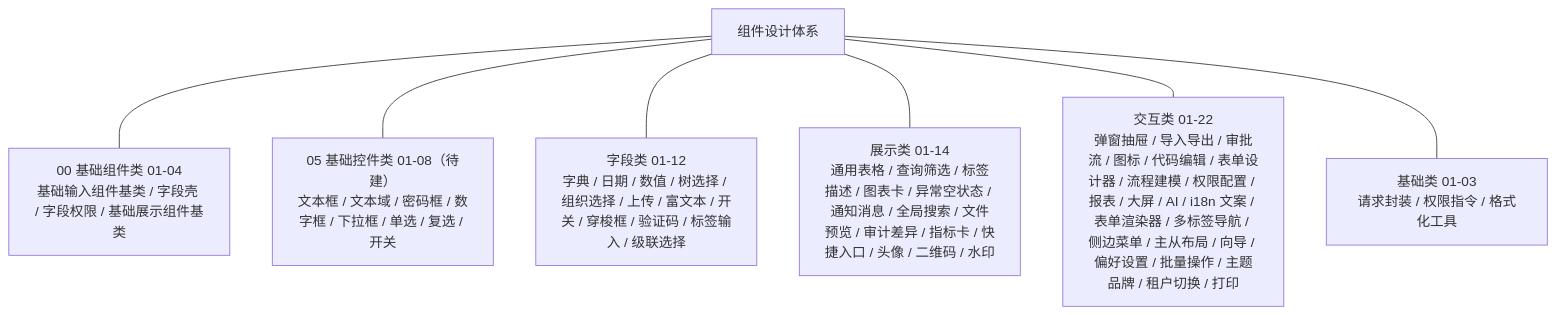
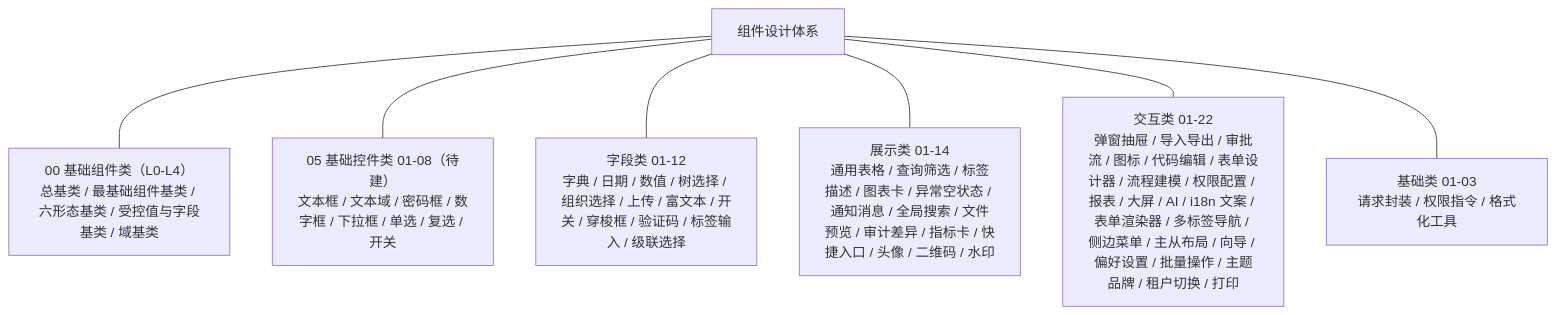
One commit to minjian123/basic-management-system changed the diagram in bms文档/设计/组件设计/01_组件设计_总览.md. Above: the diagram before and after it, drawn with Mermaid. The commit also changed other lines of this file and 38 other files, not shown here.

Commit message:
docs(设计): 00 基础组件类按 L0-L4 分层重排为 14 个基类节点（总基类/最基础组件基类/六形态基类/受控值与字段基类/域基类）并各配可交互原型，原 4 节点迁入 L3/L4；统一导航链、更新总览/文档首页/规划说明与旧引用路径、《前端开发规范》目录说明

````diff
--- a/bms文档/设计/组件设计/01_组件设计_总览.md
+++ b/bms文档/设计/组件设计/01_组件设计_总览.md
@@ -136,16 +149,16 @@
 ```mermaid
 graph TD
     ROOT["组件设计体系"]
     F["字段类 01-12<br/>字典 / 日期 / 数值 / 树选择 / 组织选择 / 上传 / 富文本 / 开关 / 穿梭框 / 验证码 / 标签输入 / 级联选择"]
     D["展示类 01-14<br/>通用表格 / 查询筛选 / 标签描述 / 图表卡 / 异常空状态 / 通知消息 / 全局搜索 / 文件预览 / 审计差异 / 指标卡 / 快捷入口 / 头像 / 二维码 / 水印"]
     I["交互类 01-22<br/>弹窗抽屉 / 导入导出 / 审批流 / 图标 / 代码编辑 / 表单设计器 / 流程建模 / 权限配置 / 报表 / 大屏 / AI / i18n 文案 / 表单渲染器 / 多标签导航 / 侧边菜单 / 主从布局 / 向导 / 偏好设置 / 批量操作 / 主题品牌 / 租户切换 / 打印"]
     B["基础类 01-03<br/>请求封装 / 权限指令 / 格式化工具"]
-    BASE["00 基础组件类 01-04<br/>基础输入组件基类 / 字段壳 / 字段权限 / 基础展示组件基类"]
+    BASE["00 基础组件类（L0-L4）<br/>总基类 / 最基础组件基类 / 六形态基类 / 受控值与字段基类 / 域基类"]
     CTRL["05 基础控件类 01-08（待建）<br/>文本框 / 文本域 / 密码框 / 数字框 / 下拉框 / 单选 / 复选 / 开关"]
     ROOT --- BASE
     ROOT --- CTRL
     ROOT --- F
     ROOT --- D
     ROOT --- I
     ROOT --- B
 ```
````
